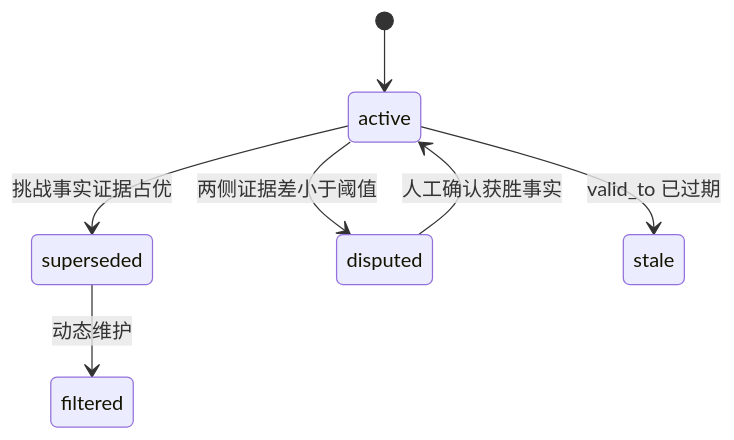
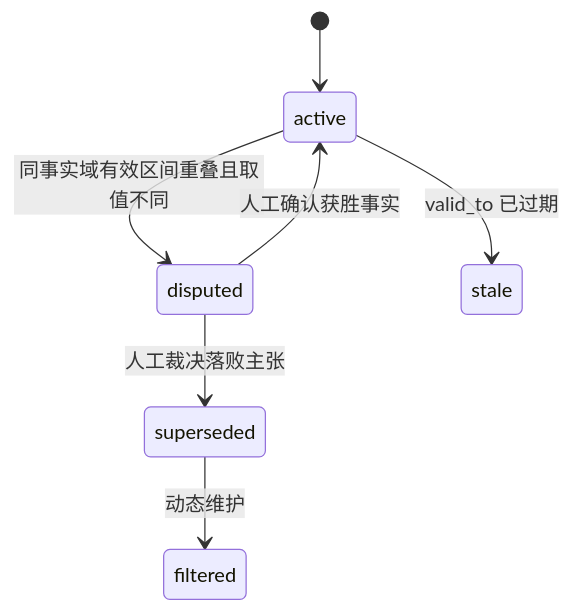
Before and after one commit to LingeringDream/LingShu: the second of 2 diagrams in docs/competition/architecture.md, drawn with Mermaid. The commit also changed other lines of this file and 35 other files, not shown here.

````diff
--- a/docs/competition/architecture.md
+++ b/docs/competition/architecture.md
@@ -48,9 +49,9 @@
 ```mermaid
 stateDiagram-v2
     [*] --> active
-    active --> superseded: 挑战事实证据占优
-    active --> disputed: 两侧证据差小于阈值
+    active --> disputed: 同事实域有效区间重叠且取值不同
     disputed --> active: 人工确认获胜事实
+    disputed --> superseded: 人工裁决落败主张
     superseded --> filtered: 动态维护
     active --> stale: valid_to 已过期
 ```
````
